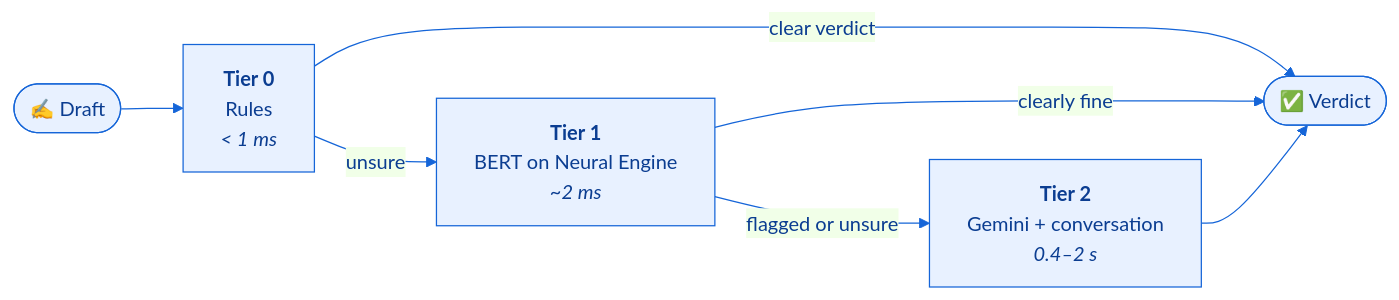
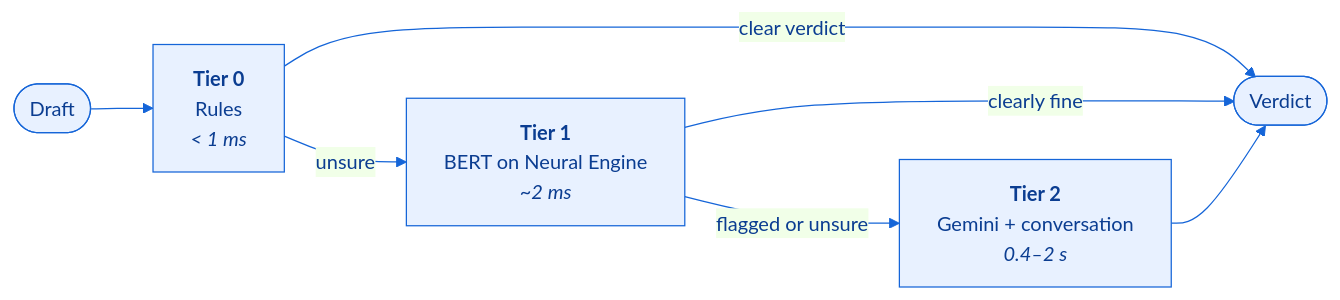
The diagram in README.md (VarunKurra/AutoShield), drawn with Mermaid before and after one commit. The commit also changed other lines of this file and 26 other files, not shown here.

````diff
--- a/README.md
+++ b/README.md
@@ -138,10 +144,10 @@
 ```mermaid
 %%{init: {'theme':'base','themeVariables':{'primaryColor':'#E8F1FF','primaryTextColor':'#0B3D91','primaryBorderColor':'#1565D8','lineColor':'#1565D8','fontFamily':'-apple-system, Segoe UI, Helvetica, sans-serif'}}}%%
 flowchart LR
-    A([✍️ Draft]) --> T0["<b>Tier 0</b><br/>Rules<br/><i>&lt; 1 ms</i>"]
-    T0 -- clear verdict --> V([✅ Verdict])
+    A([Draft]) --> T0["<b>Tier 0</b><br/>Rules<br/><i>&lt; 1 ms</i>"]
+    T0 -- clear verdict --> V([Verdict])
     T0 -- unsure --> T1["<b>Tier 1</b><br/>BERT on Neural Engine<br/><i>~2 ms</i>"]
     T1 -- clearly fine --> V
     T1 -- flagged or unsure --> T2["<b>Tier 2</b><br/>Gemini + conversation<br/><i>0.4–2 s</i>"]
     T2 --> V
 ```
````
